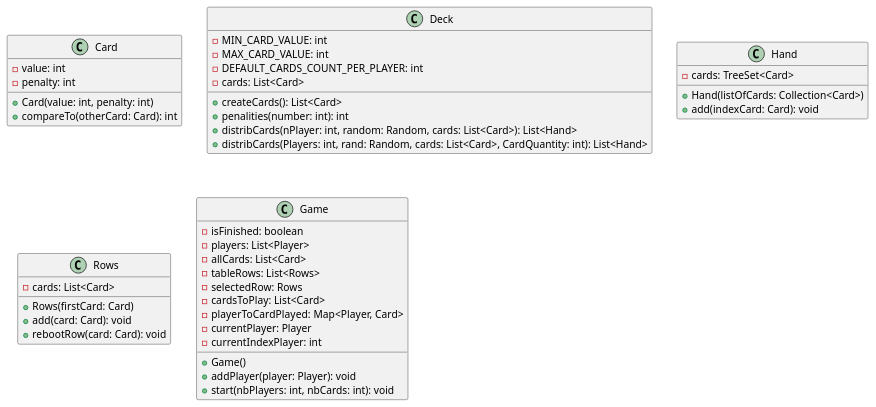
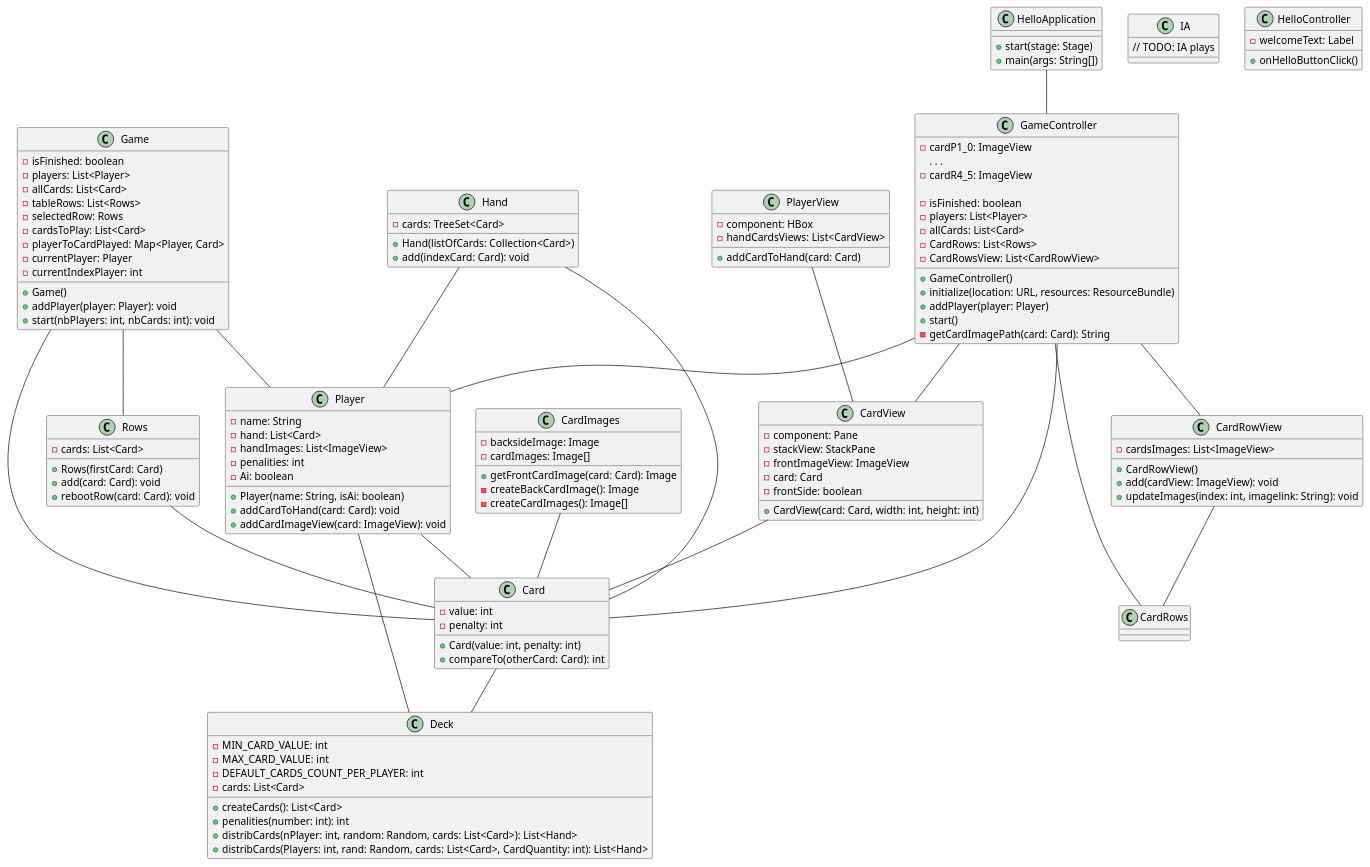
Before and after one commit to NicolasGitGarnier/6QuiPrendFinalFX: the diagram in src/main/java/com/example/_6quiprendfinalfx/UML.puml, drawn with PlantUML. The commit also changed 6 other files, not shown here.

```diff
--- a/src/main/java/com/example/_6quiprendfinalfx/UML.puml
+++ b/src/main/java/com/example/_6quiprendfinalfx/UML.puml
@@ -1,48 +1,139 @@
 @startuml
 'https://plantuml.com/sequence-diagram
 
 class Card {
   - value: int
   - penalty: int
   + Card(value: int, penalty: int)
   + compareTo(otherCard: Card): int
 }
 class Deck {
   - MIN_CARD_VALUE: int
   - MAX_CARD_VALUE: int
   - DEFAULT_CARDS_COUNT_PER_PLAYER: int
   - cards: List<Card>
   + createCards(): List<Card>
   + penalities(number: int): int
   + distribCards(nPlayer: int, random: Random, cards: List<Card>): List<Hand>
   + distribCards(Players: int, rand: Random, cards: List<Card>, CardQuantity: int): List<Hand>
 }
 class Hand {
     -cards: TreeSet<Card>
 
     +Hand(listOfCards: Collection<Card>)
     +add(indexCard: Card): void
 }
 class Rows {
     -cards: List<Card>
 
     +Rows(firstCard: Card)
     +add(card: Card): void
     +rebootRow(card: Card): void
 }
 class Game {
     -isFinished: boolean
     -players: List<Player>
     -allCards: List<Card>
     -tableRows: List<Rows>
     -selectedRow: Rows
     -cardsToPlay: List<Card>
     -playerToCardPlayed: Map<Player, Card>
     -currentPlayer: Player
     -currentIndexPlayer: int
 
     +Game()
     +addPlayer(player: Player): void
     +start(nbPlayers: int, nbCards: int): void
 }
+class IA {
+    // TODO: IA plays
+}
+class Player {
+    -name: String
+    -hand: List<Card>
+    -handImages: List<ImageView>
+    -penalities: int
+    -Ai: boolean
+
+    +Player(name: String, isAi: boolean)
+    +addCardToHand(card: Card): void
+    +addCardImageView(card: ImageView): void
+}
+class CardImages {
+    -backsideImage: Image
+    -cardImages: Image[]
+
+    +getFrontCardImage(card: Card): Image
+    -createBackCardImage(): Image
+    -createCardImages(): Image[]
+}
+class CardRowView {
+    -cardsImages: List<ImageView>
+
+    +CardRowView()
+    +add(cardView: ImageView): void
+    +updateImages(index: int, imagelink: String): void
+}
+class CardView {
+    -component: Pane
+    -stackView: StackPane
+    -frontImageView: ImageView
+    -card: Card
+    -frontSide: boolean
+
+    +CardView(card: Card, width: int, height: int)
+}
+class GameController {
+    -cardP1_0: ImageView
+    . . .
+    -cardR4_5: ImageView
+
+    -isFinished: boolean
+    -players: List<Player>
+    -allCards: List<Card>
+    -CardRows: List<Rows>
+    -CardRowsView: List<CardRowView>
+
+    +GameController()
+    +initialize(location: URL, resources: ResourceBundle)
+    +addPlayer(player: Player)
+    +start()
+    -getCardImagePath(card: Card): String
+}
+class HelloController {
+    -welcomeText: Label
+
+    +onHelloButtonClick()
+}
+class PlayerView {
+    -component: HBox
+    -handCardsViews: List<CardView>
+
+    +addCardToHand(card: Card)
+}
+class HelloApplication {
+    +start(stage: Stage)
+    +main(args: String[])
+}
+
+Card -- Deck
+Player -- Deck
+Player -- Card
+PlayerView -- CardView
+Rows -- Card
+Hand -- Card
+Hand -- Player
+Game -- Player
+Game -- Rows
+Game -- Card
+GameController -- Card
+GameController -- CardView
+GameController -- Player
+GameController -- CardRows
+GameController -- CardRowView
+CardImages -- Card
+CardRowView -- CardRows
+CardView -- Card
+HelloApplication -- GameController
+
 @enduml
```
